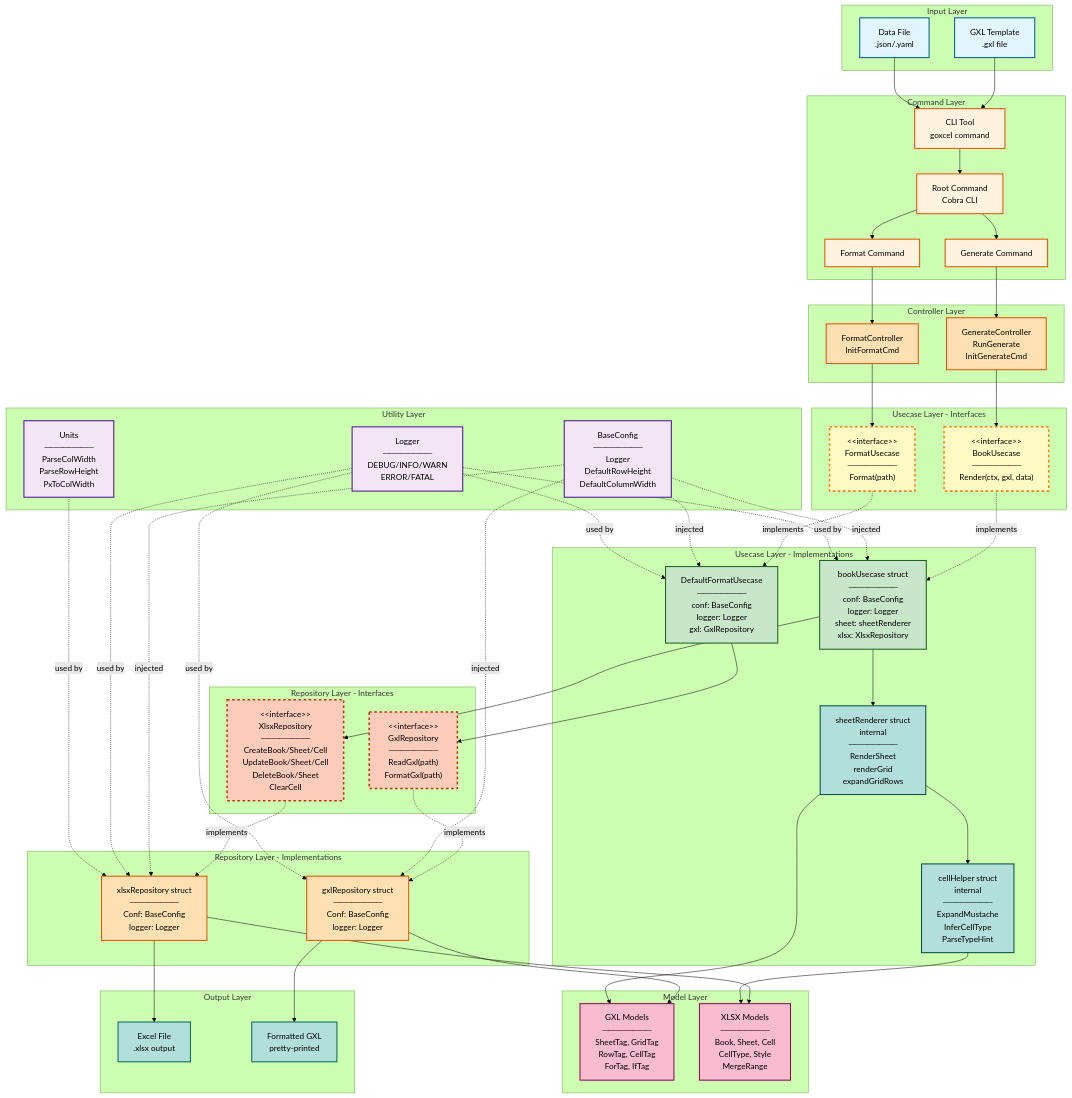
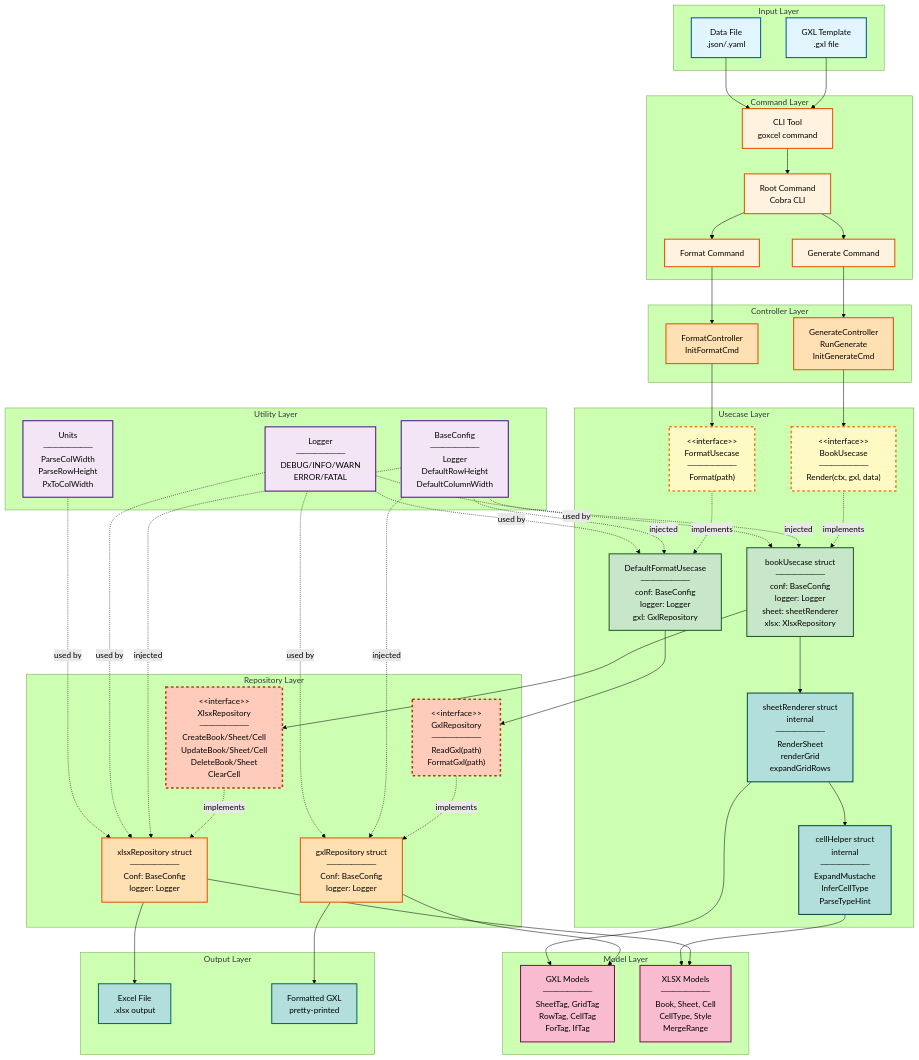
One commit to ryo-arima/goxcel changed the diagram in docs/src/images/architecture.mmd. Above: the diagram before and after it, drawn with Mermaid (forest theme). The commit also changed 1 other file, not shown here.

```diff
--- a/docs/src/images/architecture.mmd
+++ b/docs/src/images/architecture.mmd
@@ -1,128 +1,122 @@
 graph TB
     subgraph "Input Layer"
         GXL[GXL Template<br/>.gxl file]
         DATA[Data File<br/>.json/.yaml]
     end
     
     subgraph "Command Layer"
         CLI[CLI Tool<br/>goxcel command]
         ROOT[Root Command<br/>Cobra CLI]
         GENCMD[Generate Command]
         FMTCMD[Format Command]
     end
     
     subgraph "Controller Layer"
         GENCTRL[GenerateController<br/>RunGenerate<br/>InitGenerateCmd]
         FMTCTRL[FormatController<br/>InitFormatCmd]
     end
     
-    subgraph "Usecase Layer - Interfaces"
+    subgraph "Usecase Layer"
         BOOKIF["&lt;&lt;interface&gt;&gt;<br/>BookUsecase<br/>────────<br/>Render(ctx, gxl, data)"]
+        BOOKIMPL[bookUsecase struct<br/>────────<br/>conf: BaseConfig<br/>logger: Logger<br/>sheet: sheetRenderer<br/>xlsx: XlsxRepository]
         FMTIF["&lt;&lt;interface&gt;&gt;<br/>FormatUsecase<br/>────────<br/>Format(path)"]
-    end
-    
-    subgraph "Usecase Layer - Implementations"
-        BOOKIMPL[bookUsecase struct<br/>────────<br/>conf: BaseConfig<br/>logger: Logger<br/>sheet: sheetRenderer<br/>xlsx: XlsxRepository]
         FMTIMPL[DefaultFormatUsecase<br/>────────<br/>conf: BaseConfig<br/>logger: Logger<br/>gxl: GxlRepository]
         SHEETRDR[sheetRenderer struct<br/>internal<br/>────────<br/>RenderSheet<br/>renderGrid<br/>expandGridRows]
         CELLHLP[cellHelper struct<br/>internal<br/>────────<br/>ExpandMustache<br/>InferCellType<br/>ParseTypeHint]
     end
     
-    subgraph "Repository Layer - Interfaces"
+    subgraph "Repository Layer"
         GXLIF["&lt;&lt;interface&gt;&gt;<br/>GxlRepository<br/>────────<br/>ReadGxl(path)<br/>FormatGxl(path)"]
+        GXLIMPL[gxlRepository struct<br/>────────<br/>Conf: BaseConfig<br/>logger: Logger]
         XLSXIF["&lt;&lt;interface&gt;&gt;<br/>XlsxRepository<br/>────────<br/>CreateBook/Sheet/Cell<br/>UpdateBook/Sheet/Cell<br/>DeleteBook/Sheet<br/>ClearCell"]
-    end
-    
-    subgraph "Repository Layer - Implementations"
-        GXLIMPL[gxlRepository struct<br/>────────<br/>Conf: BaseConfig<br/>logger: Logger]
         XLSXIMPL[xlsxRepository struct<br/>────────<br/>Conf: BaseConfig<br/>logger: Logger]
     end
     
     subgraph "Model Layer"
         GXLMODEL[GXL Models<br/>────────<br/>SheetTag, GridTag<br/>RowTag, CellTag<br/>ForTag, IfTag]
         XLSXMODEL[XLSX Models<br/>────────<br/>Book, Sheet, Cell<br/>CellType, Style<br/>MergeRange]
     end
     
     subgraph "Utility Layer"
         LOGGER[Logger<br/>────────<br/>DEBUG/INFO/WARN<br/>ERROR/FATAL]
         UNITS[Units<br/>────────<br/>ParseColWidth<br/>ParseRowHeight<br/>PxToColWidth]
         CONFIG[BaseConfig<br/>────────<br/>Logger<br/>DefaultRowHeight<br/>DefaultColumnWidth]
     end
     
     subgraph "Output Layer"
         XLSX[Excel File<br/>.xlsx output]
         FMTGXL[Formatted GXL<br/>pretty-printed]
     end
     
     %% Input Flow
     GXL --> CLI
     DATA --> CLI
     CLI --> ROOT
     ROOT --> GENCMD
     ROOT --> FMTCMD
     
     %% Command to Controller
     GENCMD --> GENCTRL
     FMTCMD --> FMTCTRL
     
     %% Controller to Interface
     GENCTRL --> BOOKIF
     FMTCTRL --> FMTIF
     
     %% Interface Implementation
     BOOKIF -.implements.-> BOOKIMPL
     FMTIF -.implements.-> FMTIMPL
     GXLIF -.implements.-> GXLIMPL
     XLSXIF -.implements.-> XLSXIMPL
     
     %% Usecase Dependencies
     BOOKIMPL --> SHEETRDR
     SHEETRDR --> CELLHLP
     BOOKIMPL --> XLSXIF
     FMTIMPL --> GXLIF
     
     %% Repository to Model
     GXLIMPL --> GXLMODEL
     XLSXIMPL --> XLSXMODEL
     SHEETRDR --> GXLMODEL
     CELLHLP --> XLSXMODEL
     
     %% Utility Dependencies
     CONFIG -.injected.-> BOOKIMPL
     CONFIG -.injected.-> FMTIMPL
     CONFIG -.injected.-> GXLIMPL
     CONFIG -.injected.-> XLSXIMPL
     LOGGER -.used by.-> BOOKIMPL
     LOGGER -.used by.-> FMTIMPL
     LOGGER -.used by.-> GXLIMPL
     LOGGER -.used by.-> XLSXIMPL
     UNITS -.used by.-> XLSXIMPL
     
     %% Output Flow
     XLSXIMPL --> XLSX
     GXLIMPL --> FMTGXL
     
     %% Styling
     classDef inputClass fill:#e1f5ff,stroke:#01579b,stroke-width:2px
     classDef commandClass fill:#fff3e0,stroke:#e65100,stroke-width:2px
     classDef controllerClass fill:#ffe0b2,stroke:#e65100,stroke-width:2px
     classDef interfaceClass fill:#fff9c4,stroke:#f57f17,stroke-width:3px,stroke-dasharray: 5 5
     classDef implClass fill:#c8e6c9,stroke:#1b5e20,stroke-width:2px
     classDef internalClass fill:#b2dfdb,stroke:#004d40,stroke-width:2px
     classDef repoInterfaceClass fill:#ffccbc,stroke:#bf360c,stroke-width:3px,stroke-dasharray: 5 5
     classDef repoImplClass fill:#ffe0b2,stroke:#e65100,stroke-width:2px
     classDef modelClass fill:#f8bbd0,stroke:#880e4f,stroke-width:2px
     classDef utilClass fill:#f3e5f5,stroke:#4a148c,stroke-width:2px
     classDef outputClass fill:#b2dfdb,stroke:#00695c,stroke-width:2px
     
     class GXL,DATA inputClass
     class CLI,ROOT,GENCMD,FMTCMD commandClass
     class GENCTRL,FMTCTRL controllerClass
     class BOOKIF,FMTIF interfaceClass
     class BOOKIMPL,FMTIMPL implClass
     class SHEETRDR,CELLHLP internalClass
     class GXLIF,XLSXIF repoInterfaceClass
     class GXLIMPL,XLSXIMPL repoImplClass
     class GXLMODEL,XLSXMODEL modelClass
     class LOGGER,UNITS,CONFIG utilClass
     class XLSX,FMTGXL outputClass
```
